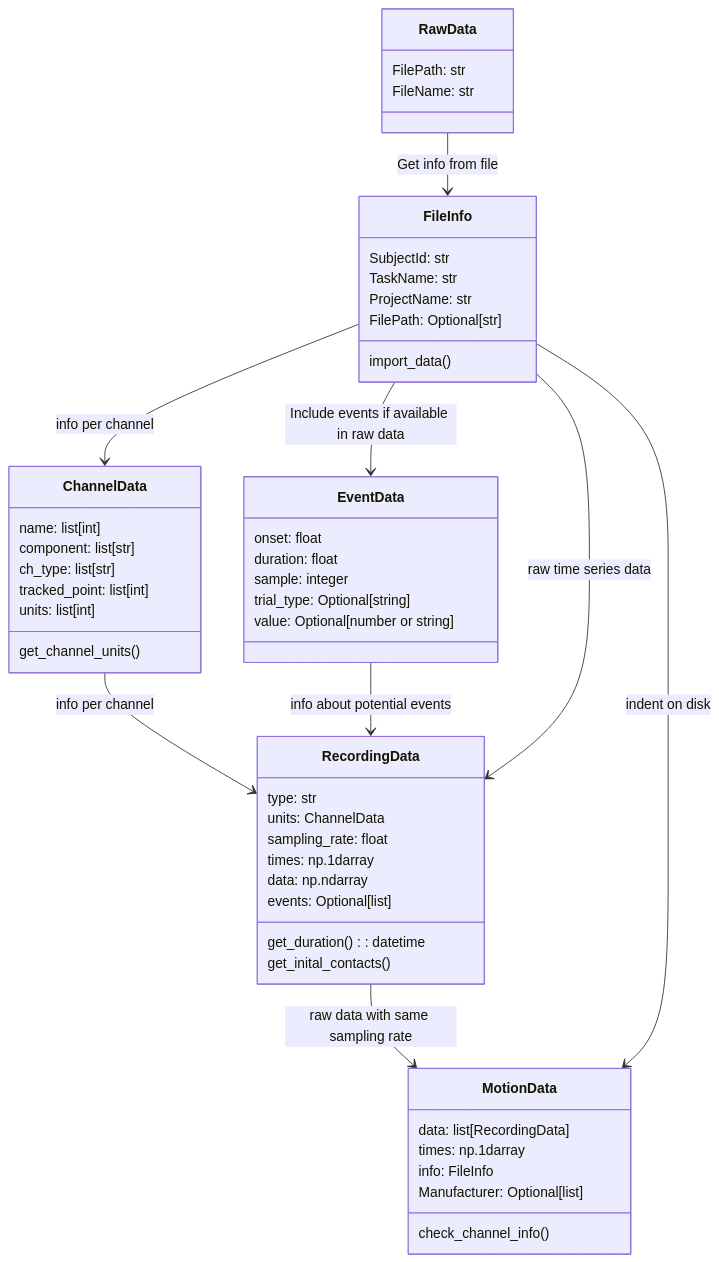
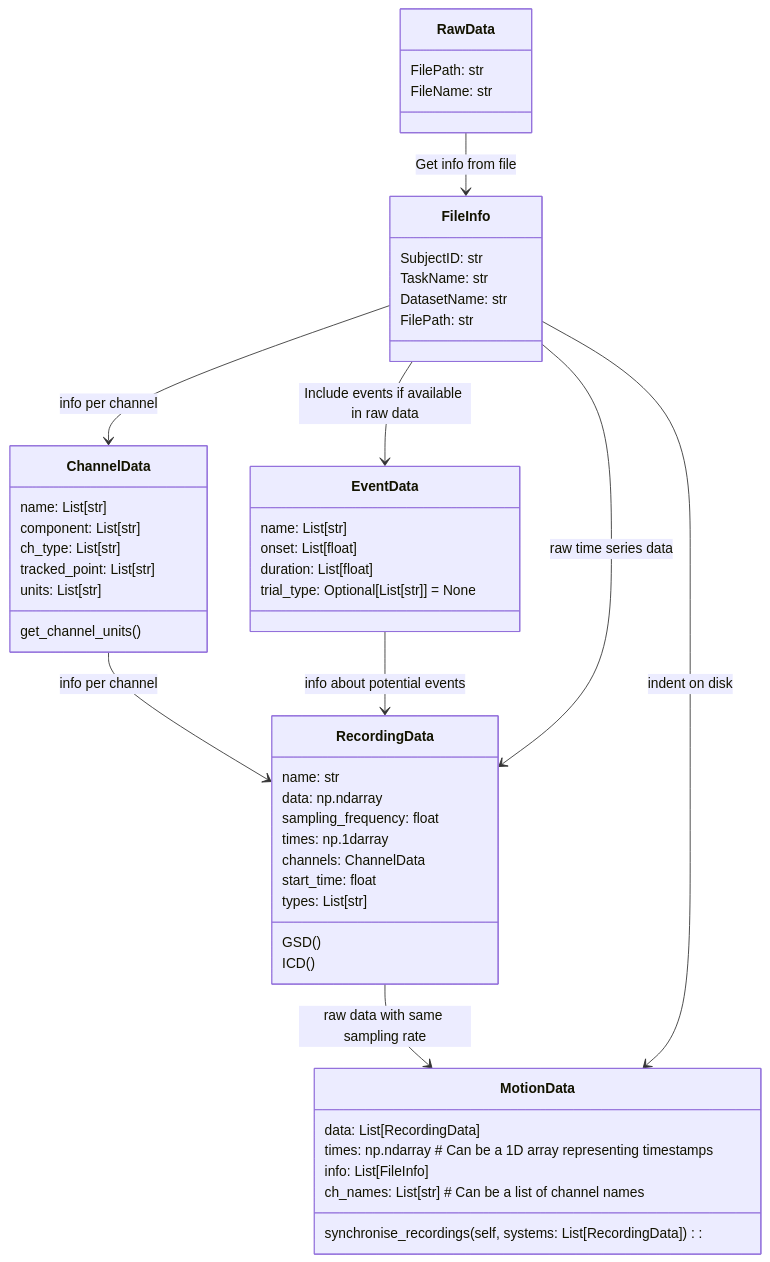
One commit to neurogeriatricskiel/KielMAT changed the diagram in README.md. Above: the diagram before and after it, drawn with Mermaid.

Commit message:
update flowchart of dataclasses

````diff
--- a/README.md
+++ b/README.md
@@ -35,60 +35,59 @@
 ```mermaid
 classDiagram
     class RawData {
         FilePath: str
         FileName: str
     }
 
     class FileInfo {
-        SubjectId: str
+        SubjectID: str
         TaskName: str
-        ProjectName: str
-        FilePath: Optional[str]
-        import_data()
+        DatasetName: str
+        FilePath: str
     }
 
     class ChannelData {
-        name: list[int]
-        component: list[str]
-        ch_type: list[str]
-        tracked_point: list[int]
-        units: list[int]
+        name: List[str]
+        component: List[str]
+        ch_type: List[str]
+        tracked_point: List[str]
+        units: List[str]
         get_channel_units()
     }
 
     class EventData {
-        onset: float
-        duration: float
-        sample: integer
-        trial_type: Optional[string]
-        value: Optional[number or string]
+        name: List[str]
+        onset: List[float]
+        duration: List[float]
+        trial_type: Optional[List[str]] = None
     }
 
     class RecordingData {
-        type: str
-        units: ChannelData
-        sampling_rate: float
+        name: str
+        data: np.ndarray
+        sampling_frequency: float
         times: np.1darray
-        data: np.ndarray
-        events: Optional[list]
-        get_duration(): datetime
-        get_inital_contacts()
+        channels: ChannelData
+        start_time: float
+        types: List[str]
+        GSD()
+        ICD()
     }
 
     class MotionData {
-        data: list[RecordingData]
-        times: np.1darray 
-        info: FileInfo
-        Manufacturer: Optional[list]
-        check_channel_info()
+        data: List[RecordingData]
+        times: np.ndarray  # Can be a 1D array representing timestamps
+        info: List[FileInfo]
+        ch_names: List[str]  # Can be a list of channel names
+        synchronise_recordings(self, systems: List[RecordingData]):
     }
 
     RecordingData --> MotionData: raw data with same sampling rate
     ChannelData --> RecordingData: info per channel
     EventData --> RecordingData: info about potential events
     FileInfo --> MotionData: indent on disk
     FileInfo --> ChannelData: info per channel 
     FileInfo --> RecordingData: raw time series data
     FileInfo --> EventData: Include events if available in raw data
     RawData --> FileInfo: Get info from file
 ```
````
